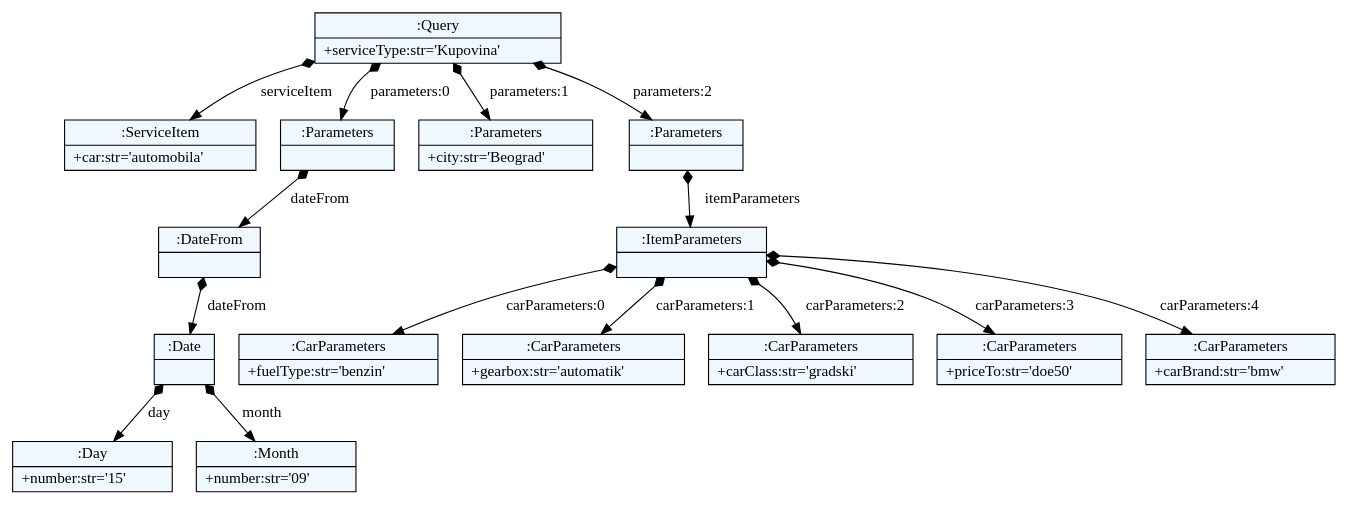
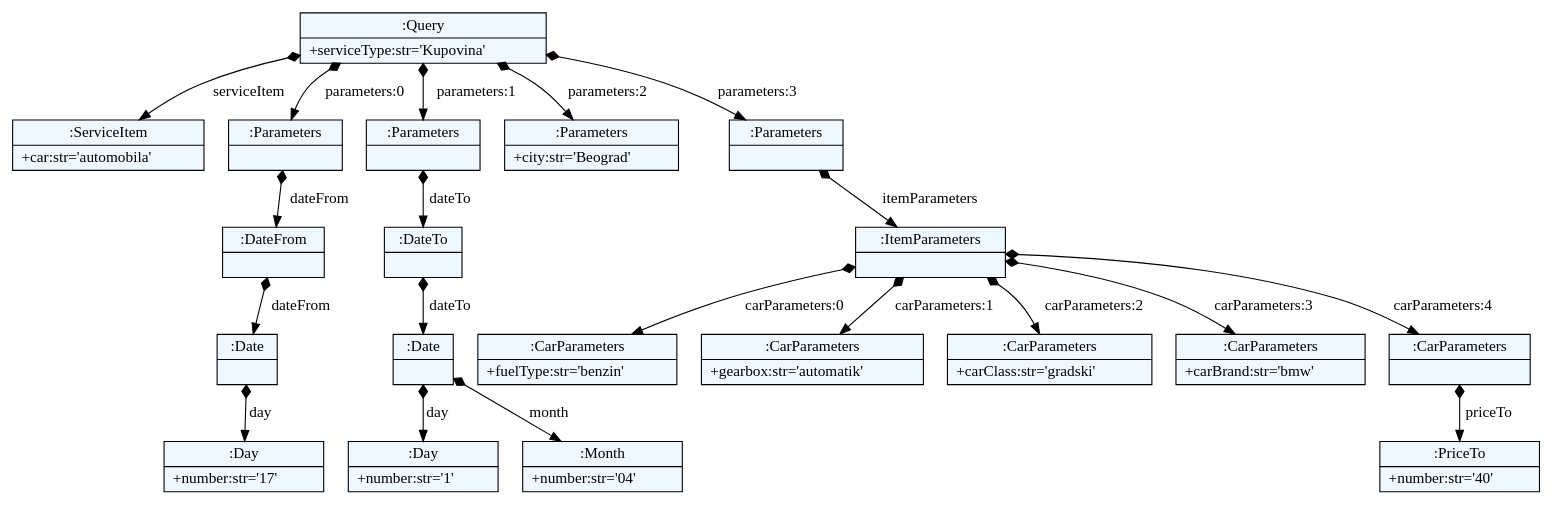
Before and after one commit to ftnE2-tim1-2016-17/jsd: the diagram in textXGrammar/test.dot, drawn with Graphviz. The commit also changed 7 other files, not shown here.

```diff
--- a/textXGrammar/test.dot
+++ b/textXGrammar/test.dot
@@ -1,44 +1,54 @@
 
     digraph xtext {
     fontname = "Bitstream Vera Sans"
     fontsize = 8
     node[
         shape=record,
         style=filled,
         fillcolor=aliceblue
     ]
     nodesep = 0.3
     edge[dir=black,arrowtail=empty]
 
 
-61929616 -> 61906320 [label="serviceItem" arrowtail=diamond dir=both]
-61906320[label="{:ServiceItem|+car:str='automobila'\l}"]
-61929616 -> 61905264 [label="parameters:0" arrowtail=diamond dir=both]
-61905264 -> 61906640 [label="dateFrom" arrowtail=diamond dir=both]
-61906640 -> 61942096 [label="dateFrom" arrowtail=diamond dir=both]
-61942096 -> 61942192 [label="day" arrowtail=diamond dir=both]
-61942192[label="{:Day|+number:str='15'\l}"]
-61942096 -> 61942320 [label="month" arrowtail=diamond dir=both]
-61942320[label="{:Month|+number:str='09'\l}"]
-61942096[label="{:Date|}"]
-61906640[label="{:DateFrom|}"]
-61905264[label="{:Parameters|}"]
-61929616 -> 61906736 [label="parameters:1" arrowtail=diamond dir=both]
-61906736[label="{:Parameters|+city:str='Beograd'\l}"]
-61929616 -> 61903248 [label="parameters:2" arrowtail=diamond dir=both]
-61903248 -> 61940464 [label="itemParameters" arrowtail=diamond dir=both]
-61940464 -> 61942352 [label="carParameters:0" arrowtail=diamond dir=both]
-61942352[label="{:CarParameters|+fuelType:str='benzin'\l}"]
-61940464 -> 61942384 [label="carParameters:1" arrowtail=diamond dir=both]
-61942384[label="{:CarParameters|+gearbox:str='automatik'\l}"]
-61940464 -> 61942416 [label="carParameters:2" arrowtail=diamond dir=both]
-61942416[label="{:CarParameters|+carClass:str='gradski'\l}"]
-61940464 -> 61942448 [label="carParameters:3" arrowtail=diamond dir=both]
-61942448[label="{:CarParameters|+priceTo:str='doe50'\l}"]
-61940464 -> 61942480 [label="carParameters:4" arrowtail=diamond dir=both]
-61942480[label="{:CarParameters|+carBrand:str='bmw'\l}"]
-61940464[label="{:ItemParameters|}"]
-61903248[label="{:Parameters|}"]
-61929616[label="{:Query|+serviceType:str='Kupovina'\l}"]
+64002928 -> 65067104 [label="serviceItem" arrowtail=diamond dir=both]
+65067104[label="{:ServiceItem|+car:str='automobila'\l}"]
+64002928 -> 65066264 [label="parameters:0" arrowtail=diamond dir=both]
+65066264 -> 65068056 [label="dateFrom" arrowtail=diamond dir=both]
+65068056 -> 65065816 [label="dateFrom" arrowtail=diamond dir=both]
+65065816 -> 65067216 [label="day" arrowtail=diamond dir=both]
+65067216[label="{:Day|+number:str='17'\l}"]
+65065816[label="{:Date|}"]
+65068056[label="{:DateFrom|}"]
+65066264[label="{:Parameters|}"]
+64002928 -> 65068336 [label="parameters:1" arrowtail=diamond dir=both]
+65068336 -> 65065648 [label="dateTo" arrowtail=diamond dir=both]
+65065648 -> 65066488 [label="dateTo" arrowtail=diamond dir=both]
+65066488 -> 65065424 [label="day" arrowtail=diamond dir=both]
+65065424[label="{:Day|+number:str='1'\l}"]
+65066488 -> 65065704 [label="month" arrowtail=diamond dir=both]
+65065704[label="{:Month|+number:str='04'\l}"]
+65066488[label="{:Date|}"]
+65065648[label="{:DateTo|}"]
+65068336[label="{:Parameters|}"]
+64002928 -> 65067272 [label="parameters:2" arrowtail=diamond dir=both]
+65067272[label="{:Parameters|+city:str='Beograd'\l}"]
+64002928 -> 65065256 [label="parameters:3" arrowtail=diamond dir=both]
+65065256 -> 65066040 [label="itemParameters" arrowtail=diamond dir=both]
+65066040 -> 65066544 [label="carParameters:0" arrowtail=diamond dir=both]
+65066544[label="{:CarParameters|+fuelType:str='benzin'\l}"]
+65066040 -> 65067384 [label="carParameters:1" arrowtail=diamond dir=both]
+65067384[label="{:CarParameters|+gearbox:str='automatik'\l}"]
+65066040 -> 65187400 [label="carParameters:2" arrowtail=diamond dir=both]
+65187400[label="{:CarParameters|+carClass:str='gradski'\l}"]
+65066040 -> 65187176 [label="carParameters:3" arrowtail=diamond dir=both]
+65187176[label="{:CarParameters|+carBrand:str='bmw'\l}"]
+65066040 -> 65187008 [label="carParameters:4" arrowtail=diamond dir=both]
+65187008 -> 65187568 [label="priceTo" arrowtail=diamond dir=both]
+65187568[label="{:PriceTo|+number:str='40'\l}"]
+65187008[label="{:CarParameters|}"]
+65066040[label="{:ItemParameters|}"]
+65065256[label="{:Parameters|}"]
+64002928[label="{:Query|+serviceType:str='Kupovina'\l}"]
 
 }
```
